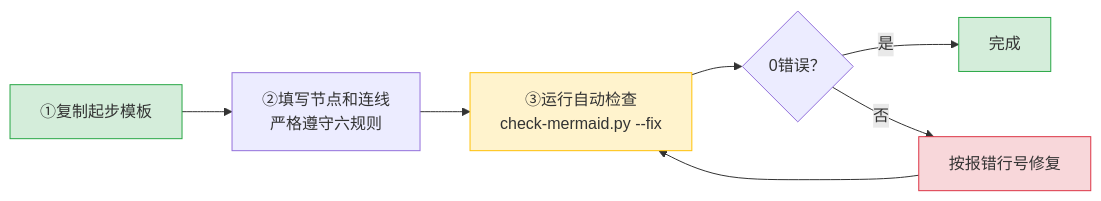
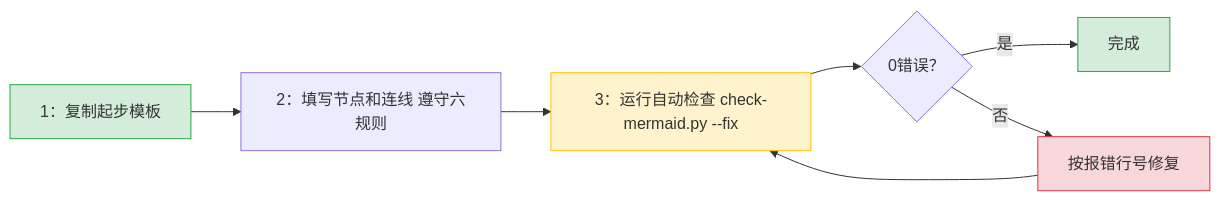
The first of 7 diagrams in docs/knowledge/best-practices/mermaid-guide.md (xinetzone/SpecWeave), drawn with Mermaid before and after one commit. The commit also changed other lines of this file and 41 other files, not shown here.

First line of the commit message:
feat(mermaid): CI历史债务ratchet基线门禁与节点文本单行化策略

````diff
--- a/docs/knowledge/best-practices/mermaid-guide.md
+++ b/docs/knowledge/best-practices/mermaid-guide.md
@@ -20,11 +20,11 @@
 ```mermaid
 flowchart LR
-    START["①复制起步模板"] --> WRITE["②填写节点和连线<br/>严格遵守六规则"] --> CHECK["③运行自动检查<br/>check-mermaid.py --fix"]
+    START["1：复制起步模板"] --> WRITE["2：填写节点和连线 遵守六规则"] --> CHECK["3：运行自动检查 check-mermaid.py --fix"]
     CHECK --> DONE{"0错误？"}
     DONE -->|"是"| FINISH["完成"]
     DONE -->|"否"| FIX["按报错行号修复"] --> CHECK
     style START fill:#d4edda,stroke:#28a745
     style FINISH fill:#d4edda,stroke:#28a745
     style CHECK fill:#fff3cd,stroke:#ffc107
     style FIX fill:#f8d7da,stroke:#dc3545
 ```
````
